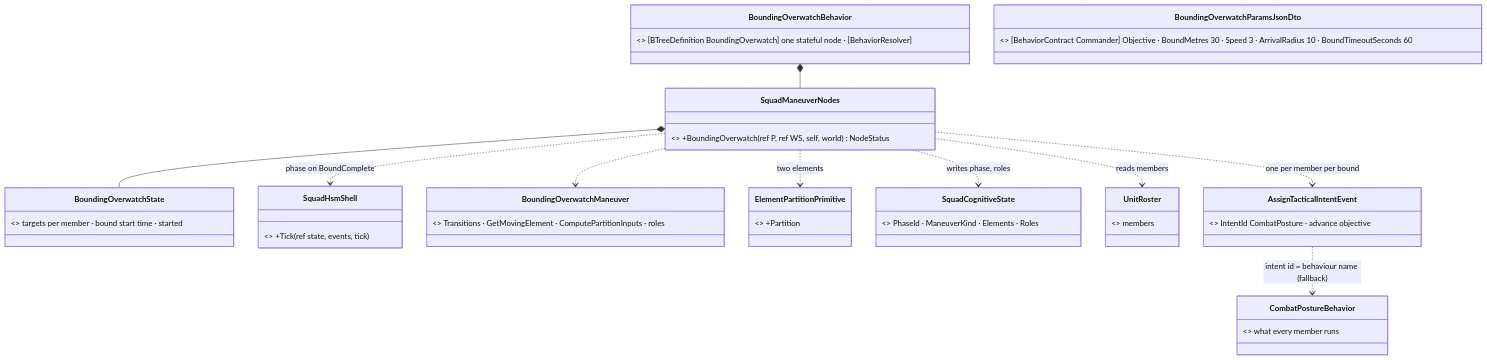
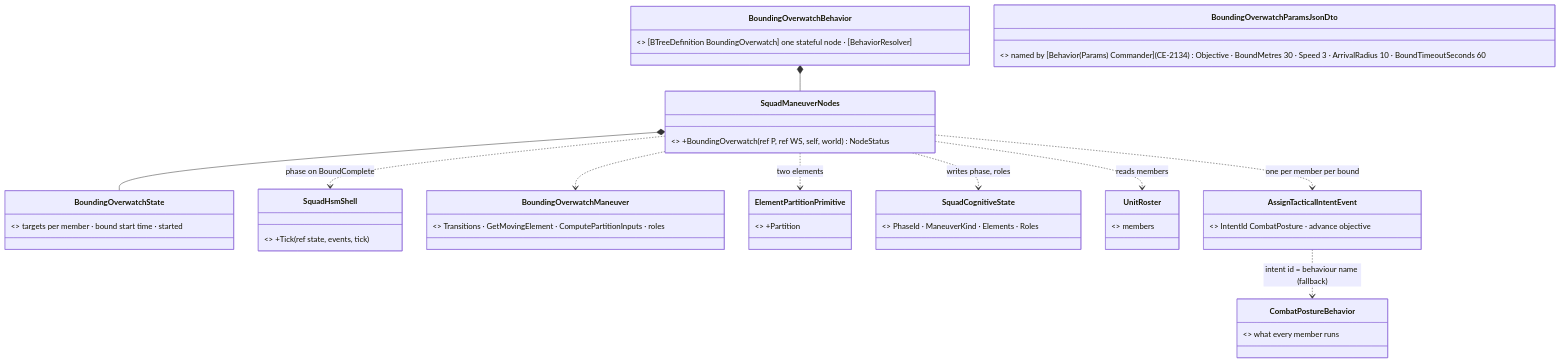
One commit to pjanec/HROT changed the fourth of 5 diagrams in docs/designs/group-maneuvers/DESIGN_Squad_Wiring.md. Above: the diagram before and after it, drawn with Mermaid. The commit also changed 30 other files, not shown here.

````diff
--- a/docs/designs/group-maneuvers/DESIGN_Squad_Wiring.md
+++ b/docs/designs/group-maneuvers/DESIGN_Squad_Wiring.md
@@ -172,23 +172,23 @@
 ```mermaid
 classDiagram
   class BoundingOverwatchBehavior { <<NEW, Hrot.AI.Behaviors>> [BTreeDefinition BoundingOverwatch] one stateful node · [BehaviorResolver] }
-  class BoundingOverwatchParamsJsonDto { <<NEW, Hrot.Core>> [BehaviorContract Commander] Objective · BoundMetres 30 · Speed 3 · ArrivalRadius 10 · BoundTimeoutSeconds 60 }
+  class BoundingOverwatchParamsJsonDto { <<NEW, Hrot.Core>> named by [Behavior(Params) Commander] (CE-2134) Objective · BoundMetres 30 · Speed 3 · ArrivalRadius 10 · BoundTimeoutSeconds 60 }
   class SquadManeuverNodes { <<NEW>> +BoundingOverwatch(ref P, ref WS, self, world) NodeStatus }
   class BoundingOverwatchState { <<NEW>> targets per member · bound start time · started }
   class SquadHsmShell { <<existing, library — first production caller>> +Tick(ref state, events, tick) }
   class BoundingOverwatchManeuver { <<existing>> Transitions · GetMovingElement · ComputePartitionInputs · roles }
   class ElementPartitionPrimitive { <<existing>> +Partition }
   class SquadCognitiveState { <<existing, on the commander>> PhaseId · ManeuverKind · Elements · Roles }
   class UnitRoster { <<existing>> members }
   class AssignTacticalIntentEvent { <<existing>> IntentId CombatPosture · advance objective }
   class CombatPostureBehavior { <<existing, §3.3h of Decision Layer>> what every member runs }
   BoundingOverwatchBehavior *-- SquadManeuverNodes
   SquadManeuverNodes *-- BoundingOverwatchState
   SquadManeuverNodes ..> SquadHsmShell : phase on BoundComplete
   SquadManeuverNodes ..> BoundingOverwatchManeuver
   SquadManeuverNodes ..> ElementPartitionPrimitive : two elements
   SquadManeuverNodes ..> SquadCognitiveState : writes phase, roles
   SquadManeuverNodes ..> UnitRoster : reads members
   SquadManeuverNodes ..> AssignTacticalIntentEvent : one per member per bound
   AssignTacticalIntentEvent ..> CombatPostureBehavior : intent id = behaviour name (fallback)
 ```
````
